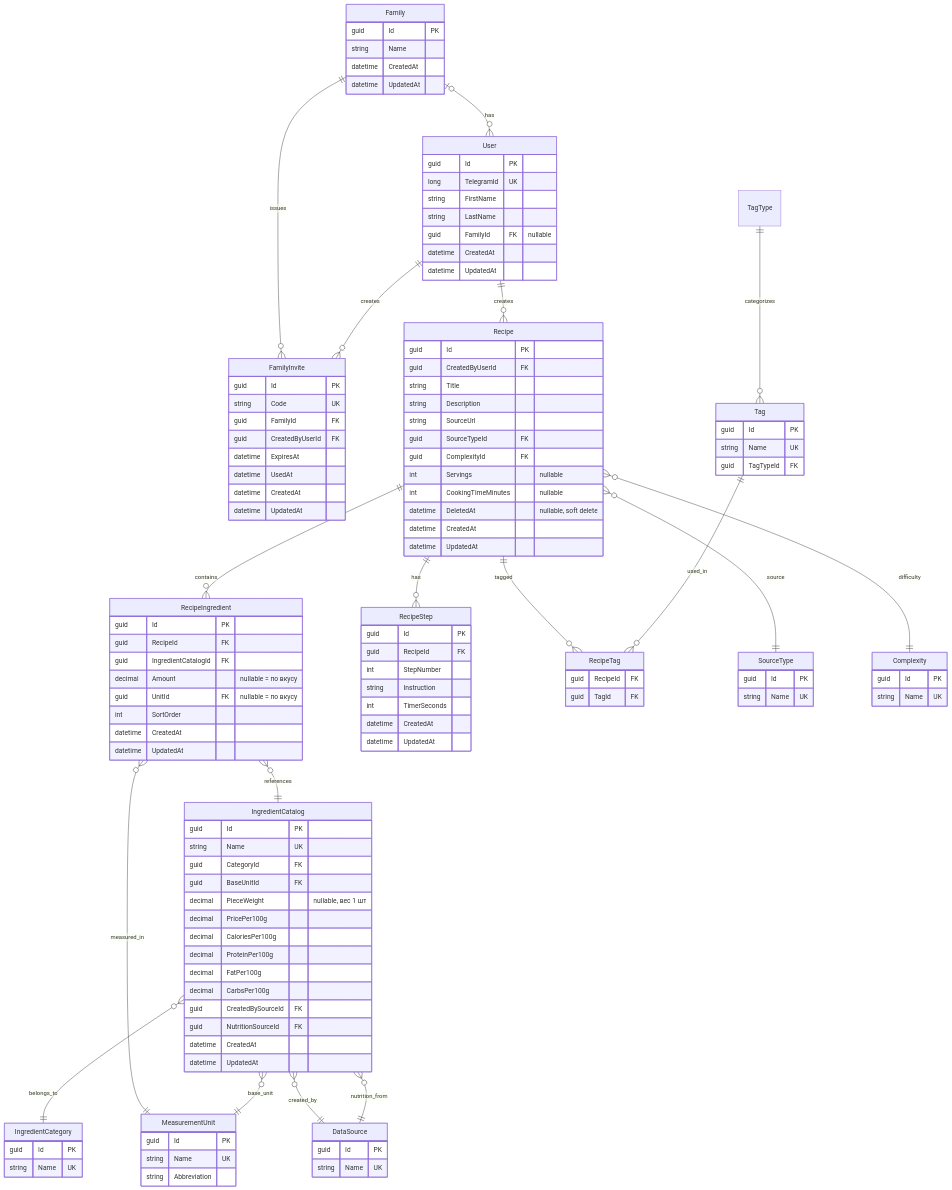
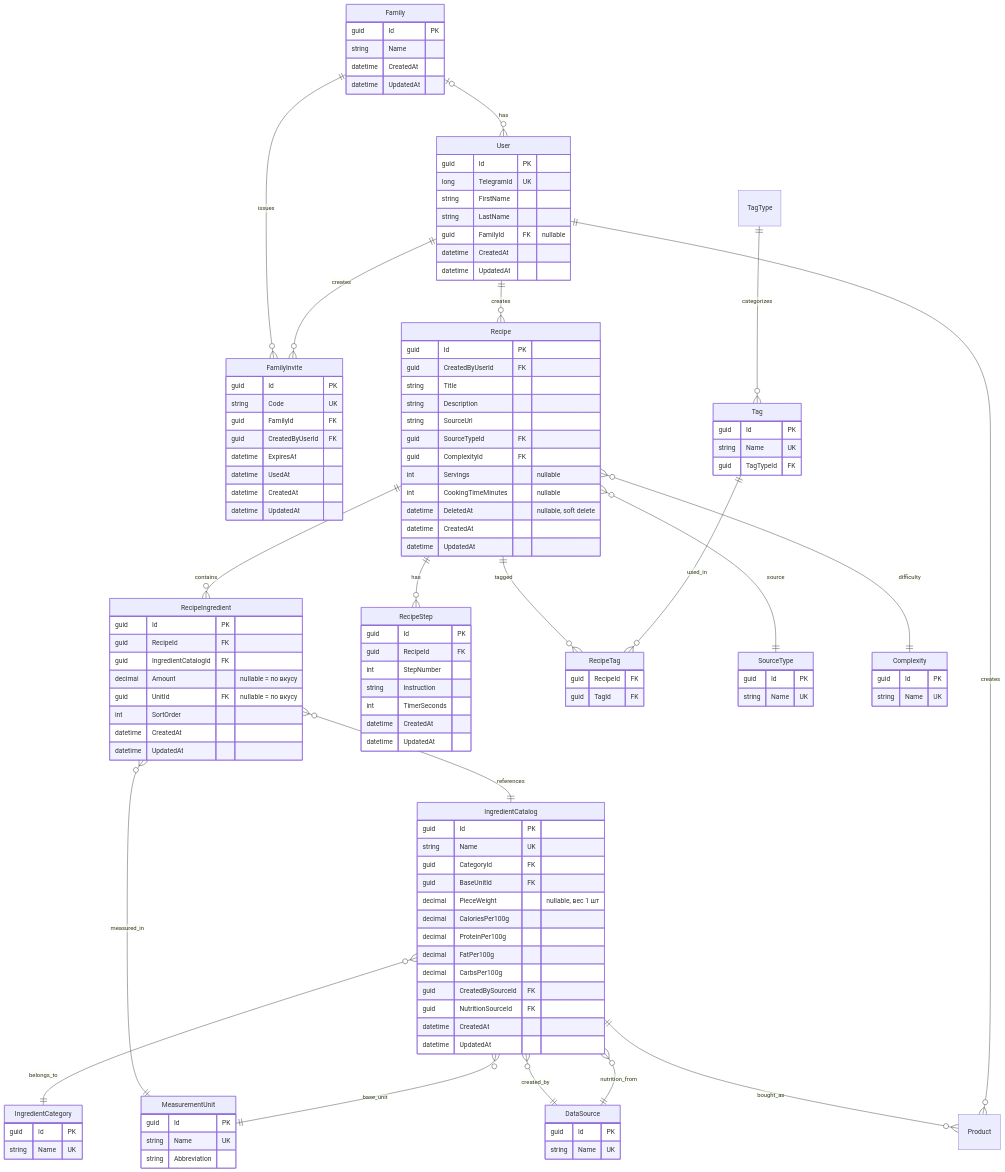
One commit to Henogapok/CookingApp changed the diagram in CLAUDE.md. Above: the diagram before and after it, drawn with Mermaid. The commit also changed other lines of this file and 64 other files, not shown here.

Commit message:
Products: household products with package price and own nutrition, recipe cost and nutrition by the viewer's selected products, catalog price removed, kg and l units

```diff
--- a/CLAUDE.md
+++ b/CLAUDE.md
@@ -226,6 +226,8 @@
   IngredientCatalog }o--|| MeasurementUnit : base_unit
   IngredientCatalog }o--|| DataSource : created_by
   IngredientCatalog }o--|| DataSource : nutrition_from
+  IngredientCatalog ||--o{ Product : bought_as
+  User ||--o{ Product : creates
   Recipe }o--|| SourceType : source
   Recipe }o--|| Complexity : difficulty
 
@@ -288,7 +290,6 @@
     guid CategoryId FK
     guid BaseUnitId FK
     decimal PieceWeight "nullable, вес 1 шт"
-    decimal PricePer100g
     decimal CaloriesPer100g
     decimal ProteinPer100g
     decimal FatPer100g
```
